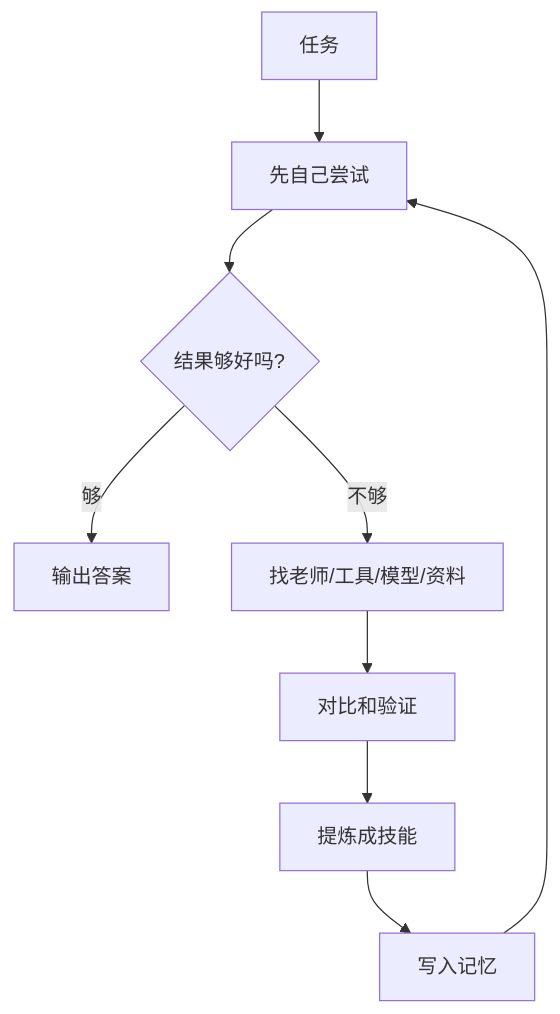
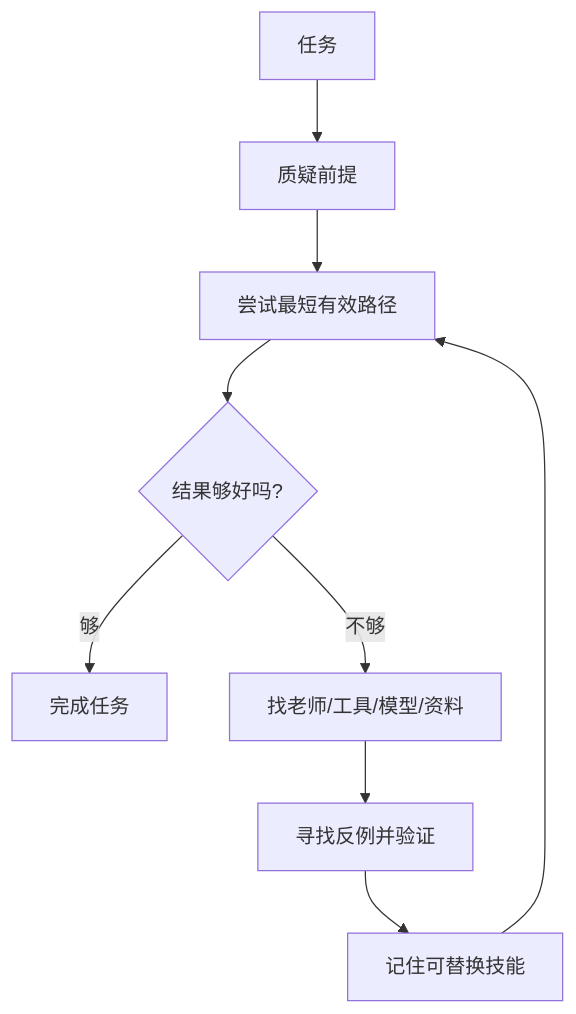
Before and after one commit to chenjiatong1989-pixel/AI-Apprentice: the diagram in README.zh-CN.md, drawn with Mermaid. The commit also changed other lines of this file, not shown here.

````diff
--- a/README.zh-CN.md
+++ b/README.zh-CN.md
@@ -28,11 +28,11 @@
 ```mermaid
 flowchart TD
-    A[任务] --> B[先自己尝试]
-    B --> C{结果够好吗?}
-    C -- 够 --> D[输出答案]
-    C -- 不够 --> E[找老师/工具/模型/资料]
-    E --> F[对比和验证]
-    F --> G[提炼成技能]
-    G --> H[写入记忆]
-    H --> B
+    A[任务] --> B[质疑前提]
+    B --> C[尝试最短有效路径]
+    C --> D{结果够好吗?}
+    D -- 够 --> E[完成任务]
+    D -- 不够 --> F[找老师/工具/模型/资料]
+    F --> G[寻找反例并验证]
+    G --> H[记住可替换技能]
+    H --> C
 ```
````
